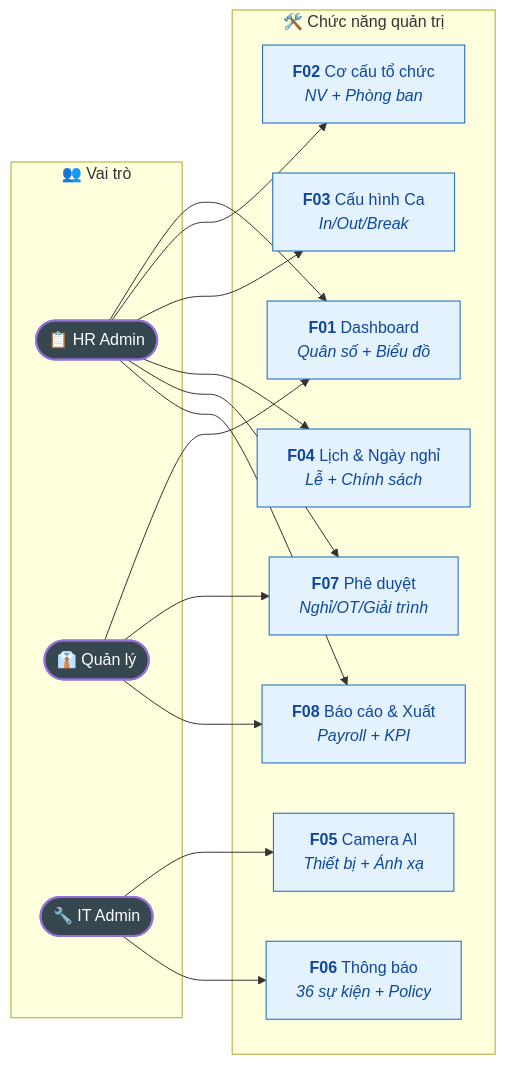
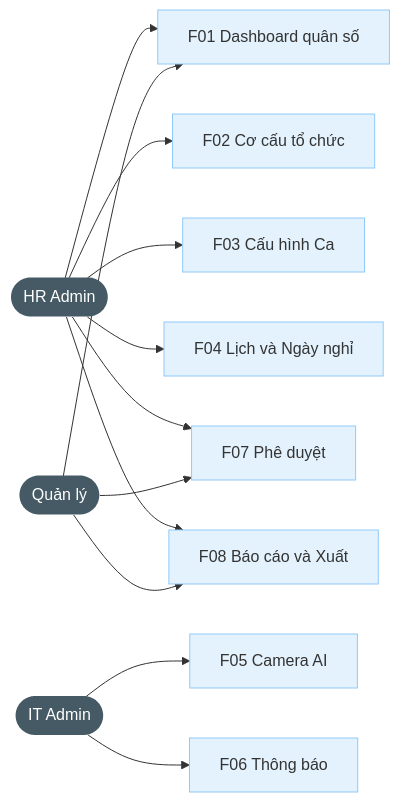
Before and after one commit to olbboy/BA-Kit: the second of 2 diagrams in outputs/mini-app-cham-cong/2.11-Mini-app/Tài-liệu-dự-án-Mini-App/BRD-HR-(Admin).md, drawn with Mermaid. The commit also changed other lines of this file and 5 other files, not shown here.

First line of the commit message:
style: simplify all Mermaid diagrams — clean professional look

````diff
--- a/outputs/mini-app-cham-cong/2.11-Mini-app/Tài-liệu-dự-án-Mini-App/BRD-HR-(Admin).md
+++ b/outputs/mini-app-cham-cong/2.11-Mini-app/Tài-liệu-dự-án-Mini-App/BRD-HR-(Admin).md
@@ -72,29 +57,22 @@
 ```mermaid
 graph LR
-    subgraph actors [" 👥 Vai trò "]
-        HR(["📋 HR Admin"])
-        MGR(["👔 Quản lý"])
-        IT(["🔧 IT Admin"])
-    end
+    HR([HR Admin])
+    MGR([Quản lý])
+    IT([IT Admin])
 
-    subgraph functions [" 🛠️ Chức năng quản trị "]
-        F01["<b>F01</b> Dashboard<br/><i>Quân số + Biểu đồ</i>"]
-        F02["<b>F02</b> Cơ cấu tổ chức<br/><i>NV + Phòng ban</i>"]
-        F03["<b>F03</b> Cấu hình Ca<br/><i>In/Out/Break</i>"]
-        F04["<b>F04</b> Lịch & Ngày nghỉ<br/><i>Lễ + Chính sách</i>"]
-        F05["<b>F05</b> Camera AI<br/><i>Thiết bị + Ánh xạ</i>"]
-        F06["<b>F06</b> Thông báo<br/><i>36 sự kiện + Policy</i>"]
-        F07["<b>F07</b> Phê duyệt<br/><i>Nghỉ/OT/Giải trình</i>"]
-        F08["<b>F08</b> Báo cáo & Xuất<br/><i>Payroll + KPI</i>"]
-    end
+    HR --> F01[F01 Dashboard quân số]
+    HR --> F02[F02 Cơ cấu tổ chức]
+    HR --> F03[F03 Cấu hình Ca]
+    HR --> F04[F04 Lịch và Ngày nghỉ]
+    HR --> F07[F07 Phê duyệt]
+    HR --> F08[F08 Báo cáo và Xuất]
+    MGR --> F01 & F07 & F08
+    IT --> F05[F05 Camera AI]
+    IT --> F06[F06 Thông báo]
 
-    HR --> F01 & F02 & F03 & F04 & F07 & F08
-    MGR --> F01 & F07 & F08
-    IT --> F05 & F06
-
-    classDef actor fill:#37474F,color:#fff,stroke-width:2px
-    classDef func fill:#E3F2FD,stroke:#1565C0,color:#0D47A1
+    classDef actor fill:#455A64,color:#fff,stroke-width:0
+    classDef func fill:#E3F2FD,stroke:#90CAF9
 
     class HR,MGR,IT actor
     class F01,F02,F03,F04,F05,F06,F07,F08 func
 ```
````
